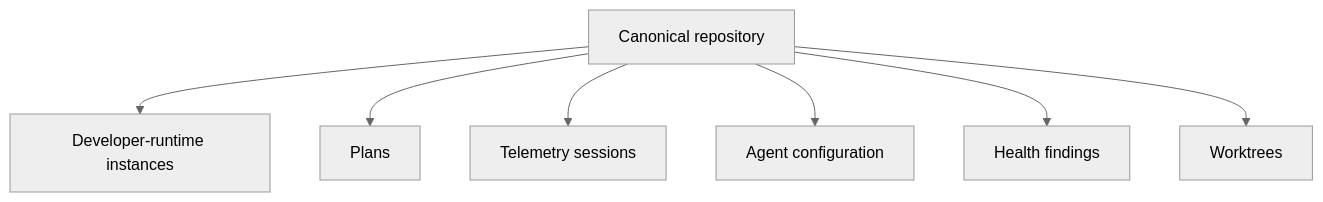
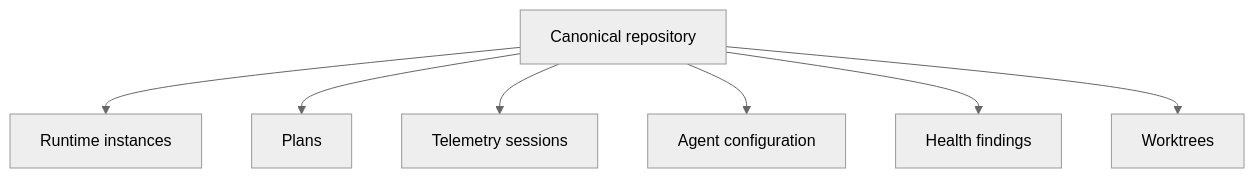
The diagram in docs/plans/completed/canonical-repository-identity-plan-v2.md (kirinmurphy/roborepo), drawn with Mermaid (neutral theme) before and after one commit. The commit also changed other lines of this file and 43 other files, not shown here.

````diff
--- a/docs/plans/completed/canonical-repository-identity-plan-v2.md
+++ b/docs/plans/completed/canonical-repository-identity-plan-v2.md
@@ -53,10 +53,10 @@
 ```mermaid
 flowchart TD
   R["Canonical repository"]
-  R --> L["Developer-runtime instances"]
+  R --> L["Runtime instances"]
   R --> P["Plans"]
   R --> T["Telemetry sessions"]
   R --> C["Agent configuration"]
   R --> H["Health findings"]
   R --> W["Worktrees"]
 ```
````
